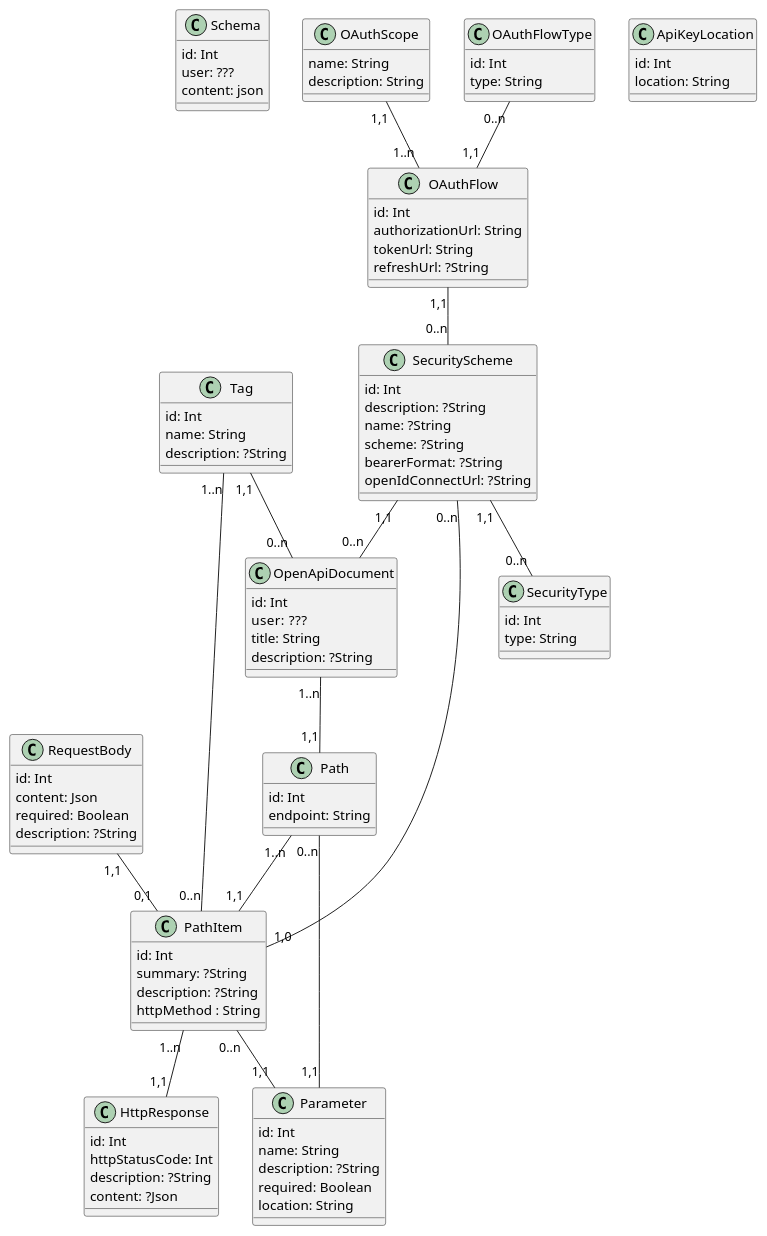
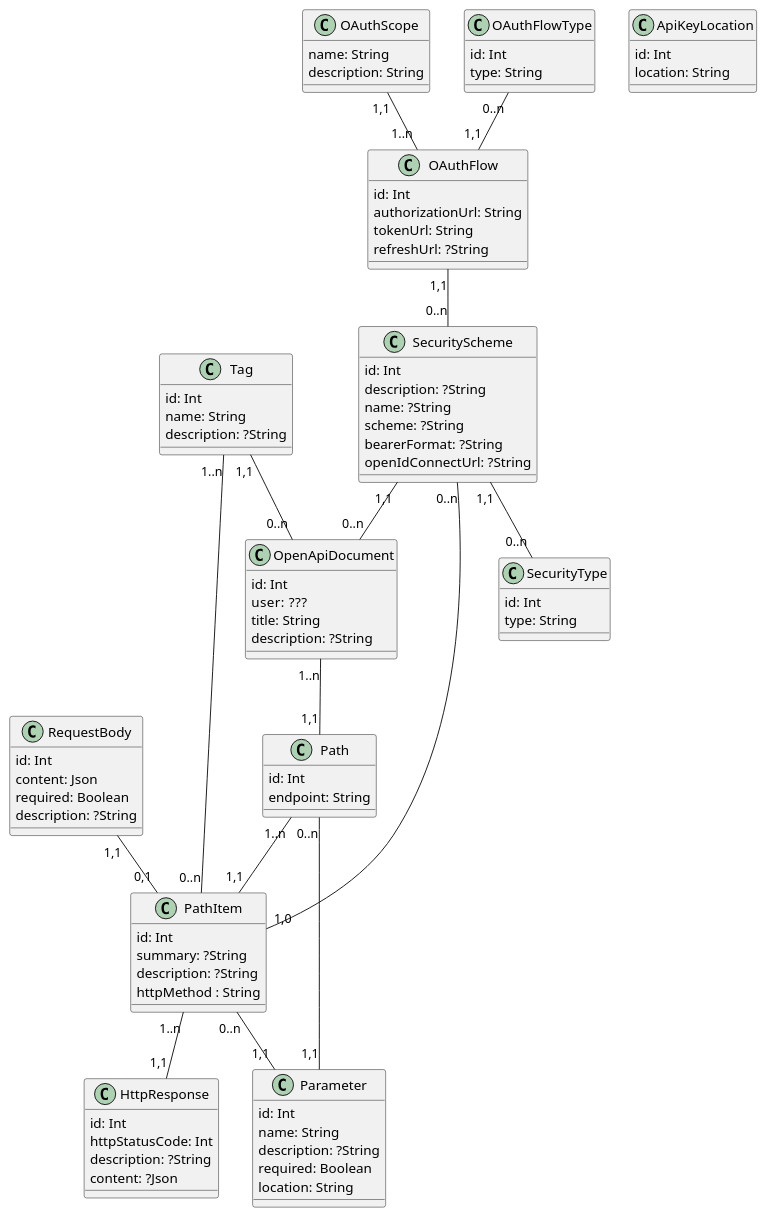
The diagram in documentation/entity-relationship-diagram.puml (ReverseOpenapi/back), drawn with PlantUML before and after one commit. The commit also changed 2 other files, not shown here.

Commit message:
:fire: removed schema

```diff
--- a/documentation/entity-relationship-diagram.puml
+++ b/documentation/entity-relationship-diagram.puml
@@ -1,127 +1,119 @@
 @startuml Reverse OpenAPI entity relationship diagram
 
 ' see https://plantuml.com/fr/ to generate a diagram from this file
 
 ' This model is satisfying 3NF (https://en.wikipedia.org/wiki/Database_normalization)
-
-' Store schemas created by our modeling tool
-' https://swagger.io/specification/#schema-object
-class Schema {
-    {field} id: Int
-    {field} user: ???
-    {field} content: json
-}
 
 ' Root of the OpenAPI document created by the user
 ' https://swagger.io/specification/#openapi-object
 class OpenApiDocument {
     {field} id: Int
     {field} user:  ???
     {field} title: String
     {field} description: ?String
 }
 
 ' https://swagger.io/specification/#paths-object
 class Path {
     {field} id: Int
     {field} endpoint: String
 }
 
 ' https://swagger.io/specification/#path-item-object and https://swagger.io/specification/#operation-object combined for simplification
 class PathItem {
     {field} id: Int
     {field} summary: ?String
     {field} description: ?String
     {field} httpMethod : String
 }
 
 ' https://swagger.io/specification/#security-scheme-object
 class SecurityScheme {
     {field} id: Int
     {field} description: ?String
     {field} name: ?String
     {field} scheme: ?String
     {field} bearerFormat: ?String
     {field} openIdConnectUrl: ?String
 }
 
 ' https://swagger.io/specification/#security-scheme-object -> see field "type"
 class SecurityType {
     {field} id: Int
     {field} type: String
 }
 
 ' https://swagger.io/specification/#security-scheme-object -> see field "in"
 class ApiKeyLocation {
     {field} id: Int
     {field} location: String
 }
 
 ' https://swagger.io/specification/#oauth-flows-object
 class OAuthFlow {
     {field} id: Int
     {field} authorizationUrl: String
     {field} tokenUrl: String
     {field} refreshUrl: ?String
 }
 
 ' https://swagger.io/specification/#oauth-flow-object -> see field "scopes"
 class OAuthScope {
     {field} name: String
     {field} description: String
 }
 
 ' https://swagger.io/specification/#oauth-flows-object -> all fields names are types
 class OAuthFlowType {
     {field} id: Int
     {field} type: String
 }
 
 ' https://swagger.io/specification/#tag-object
 class Tag {
     {field} id: Int
     {field} name: String
     {field} description: ?String
 }
 
 ' https://swagger.io/specification/#request-body-object
 class RequestBody {
     {field} id: Int
     {field} content: Json
     {field} required: Boolean
     {field} description: ?String
 }
 
 ' https://swagger.io/specification/#parameter-object
 class Parameter {
     {field} id: Int
     {field} name: String
     {field} description: ?String
     {field} required: Boolean
     {field} location: String
 }
 
 ' https://swagger.io/specification/#response-object
 class HttpResponse {
     {field} id: Int
     {field} httpStatusCode: Int
     {field} description: ?String
     {field} content: ?Json
 }
 
 OpenApiDocument "1..n" -- "1,1" Path /' OpenApiDocument has one or many Path, Path has one OpenAPIDocument '/
 Path "0..n" -- "1,1" Parameter /' Path has zero or many Parameter, Parameter has one Path '/
 PathItem "0..n" -- "1,1" Parameter /' PathItem has zero or many Parameter, Parameter has one PathItem '/
 PathItem "1..n" -- "1,1" HttpResponse /' PathItem has one or many HttpResponse, HttpResponse has one Pathitem '/
 Path "1..n" -- "1,1" PathItem /' Path has zero or many PathItem, PathItem has one Path '/
 RequestBody "1,1" -- "0,1" PathItem /' RequestBody has one PathItem, PathItem has zero or one PathItem '/
 Tag "1,1" -- "0..n" OpenApiDocument /' Tag has one OpenApiDocument, OpenApiDocument has zero or many Tag '/
 Tag "1..n" -- "0..n" PathItem /' Tag has one or many PathItem, PathItem has zero or many PathItem '/
 SecurityScheme "1,1" -- "0..n" OpenApiDocument /' SecurityScheme has one OpenApiDocument, OpenApiDocument has zero or many SecurityScheme '/
 OAuthFlow "1,1" -- "0..n" SecurityScheme /' OAuthFlow has one SecurityScheme, SecurityScheme has zero or many OAuthFlow '/
 OAuthFlowType "0..n" -- "1,1" OAuthFlow /' OAuthFlowType has zero or many OAuthFlow, OAuthFlow has one OAuthFlowType '/
 OAuthScope "1,1" -- "1..n" OAuthFlow /' OAuthScope has one OAuthFlow, OAuthFlow has one or many OAuthScope '/
 SecurityScheme "0..n" -- "1,0" PathItem /' SecurityScheme has zero or many PathItem, PathItem has one or zero SecurityScheme '/
 SecurityScheme "1,1" -- "0..n" SecurityType /' SecurityScheme has one SecurityType, SecurityType has zero or many SecurityType '/
 
 @enduml
```
